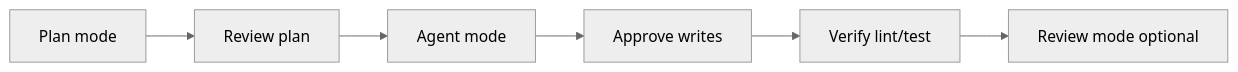
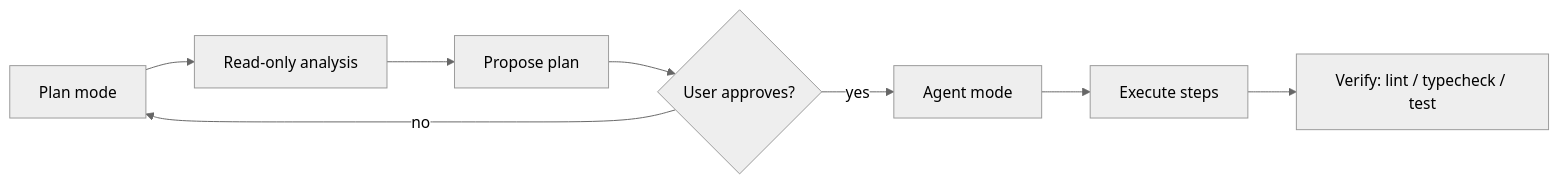
One commit to Mitii-dev/mitii-docs changed the diagram in docs/implementation/plan-act.md. Above: the diagram before and after it, drawn with Mermaid (neutral theme). The commit also changed other lines of this file and 17 other files, not shown here.

````diff
--- a/docs/implementation/plan-act.md
+++ b/docs/implementation/plan-act.md
@@ -18,8 +36,10 @@
 ```mermaid
 flowchart LR
-  A[Plan mode] --> B[Review plan]
-  B --> C[Agent mode]
-  C --> D[Approve writes]
-  D --> E[Verify lint/test]
-  E --> F[Review mode optional]
+  A[Plan mode] --> B[Read-only analysis]
+  B --> C[Propose plan]
+  C --> D{User approves?}
+  D -- yes --> E[Agent mode]
+  E --> F[Execute steps]
+  F --> G[Verify: lint / typecheck / test]
+  D -- no --> A
 ```
````
